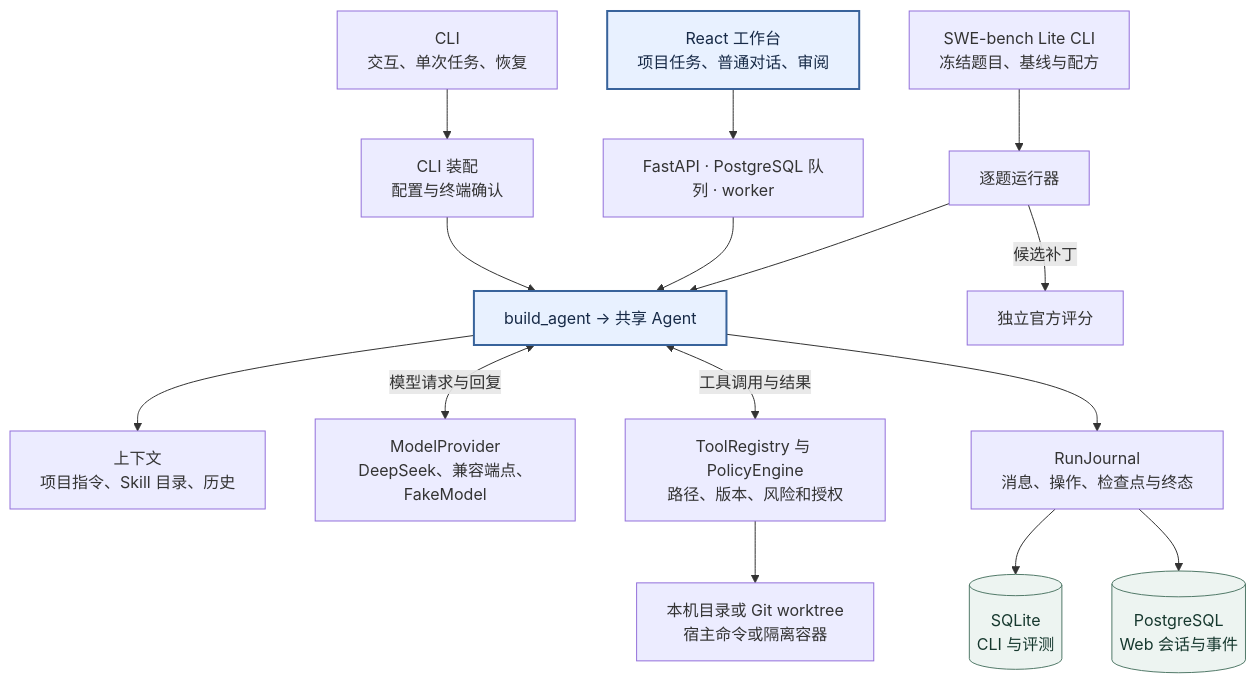
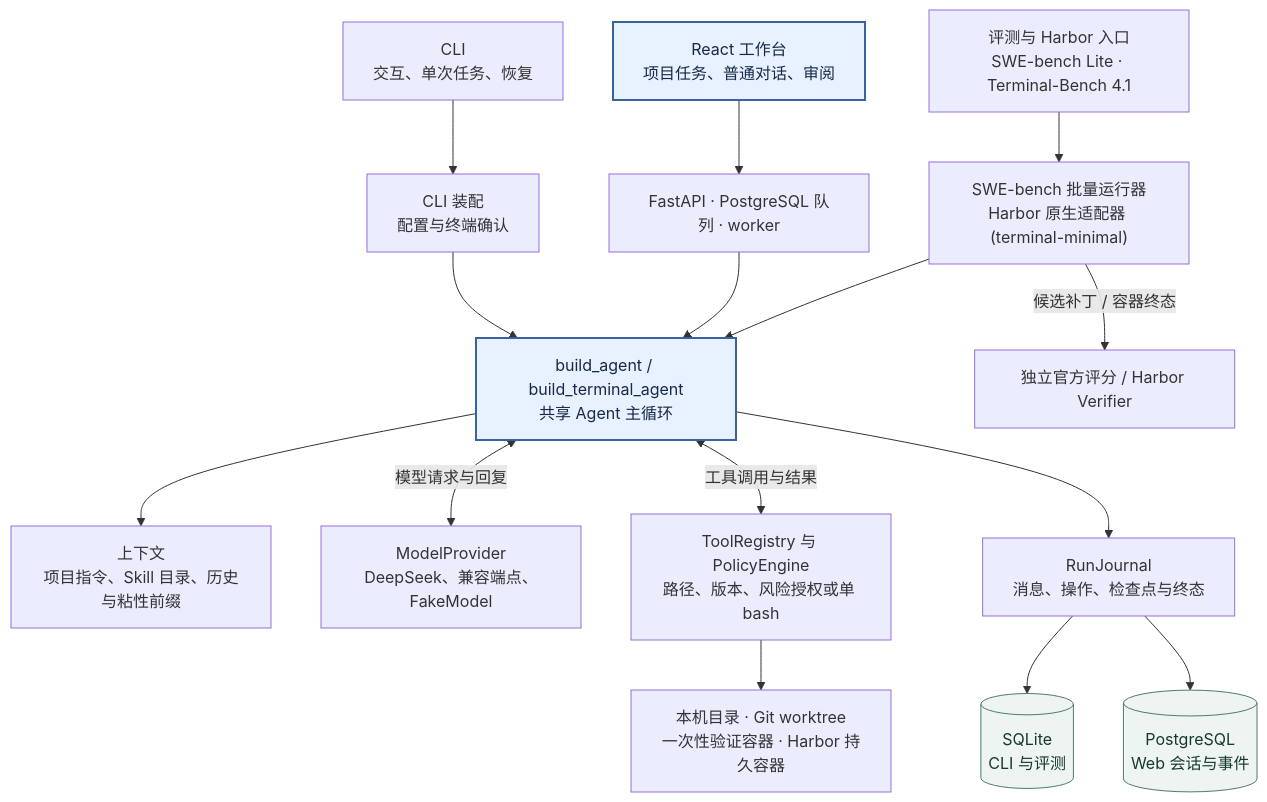
One commit to lyx0902/StellarWeaver changed the first of 2 diagrams in README.md. Above: the diagram before and after it, drawn with Mermaid. The commit also changed other lines of this file and 5 other files, not shown here.

Commit message:
docs: 补充 TB 4.1 一手逐题对照、Verifier 明细与 Harbor 调用链架构图

````diff
--- a/README.md
+++ b/README.md
@@ -31,24 +35,24 @@
 ```mermaid
 flowchart TB
     CLI["CLI<br/>交互、单次任务、恢复"] --> Direct["CLI 装配<br/>配置与终端确认"]
     Web["React 工作台<br/>项目任务、普通对话、审阅"] --> Queue["FastAPI · PostgreSQL 队列 · worker"]
-    Eval["SWE-bench Lite CLI<br/>冻结题目、基线与配方"] --> Batch["逐题运行器"]
+    Eval["评测与 Harbor 入口<br/>SWE-bench Lite · Terminal-Bench 4.1"] --> Batch["SWE-bench 批量运行器<br/>Harbor 原生适配器 (terminal-minimal)"]
 
-    Direct --> Agent["build_agent → 共享 Agent"]
+    Direct --> Agent["build_agent / build_terminal_agent<br/>共享 Agent 主循环"]
     Queue --> Agent
     Batch --> Agent
-    Batch -->|候选补丁| Score["独立官方评分"]
+    Batch -->|候选补丁 / 容器终态| Score["独立官方评分 / Harbor Verifier"]
 
-    Agent --> Context["上下文<br/>项目指令、Skill 目录、历史"]
+    Agent --> Context["上下文<br/>项目指令、Skill 目录、历史与粘性前缀"]
     Agent <-->|模型请求与回复| Model["ModelProvider<br/>DeepSeek、兼容端点、FakeModel"]
-    Agent <-->|工具调用与结果| Tools["ToolRegistry 与 PolicyEngine<br/>路径、版本、风险和授权"]
+    Agent <-->|工具调用与结果| Tools["ToolRegistry 与 PolicyEngine<br/>路径、版本、风险授权或单 bash"]
     Agent --> Journal["RunJournal<br/>消息、操作、检查点与终态"]
-    Tools --> Execution["本机目录或 Git worktree<br/>宿主命令或隔离容器"]
+    Tools --> Execution["本机目录 · Git worktree<br/>一次性验证容器 · Harbor 持久容器"]
     Journal --> SQLite[("SQLite<br/>CLI 与评测")]
     Journal --> PG[("PostgreSQL<br/>Web 会话与事件")]
 
     classDef core fill:#e8f1ff,stroke:#38639b,color:#172a47,stroke-width:2px
     classDef storage fill:#edf4f1,stroke:#527a69,color:#16382e
     class Web,Agent core
     class SQLite,PG storage
 ```
````
